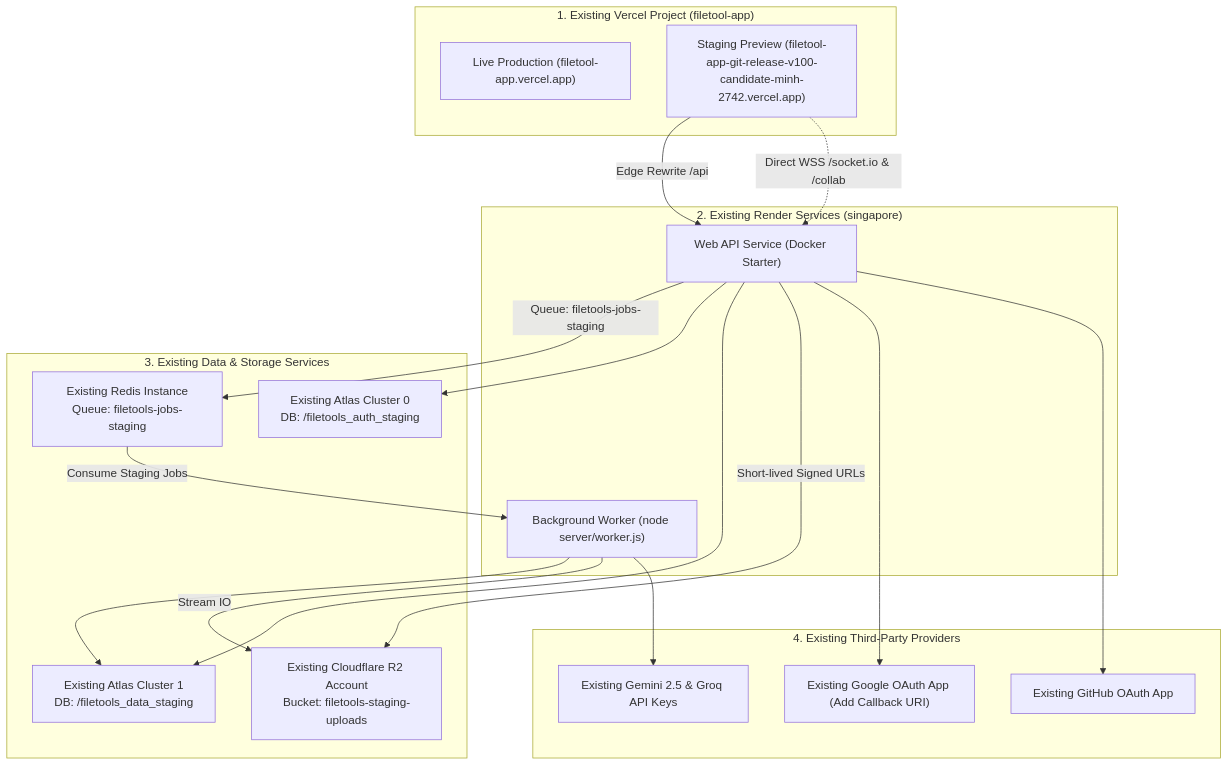
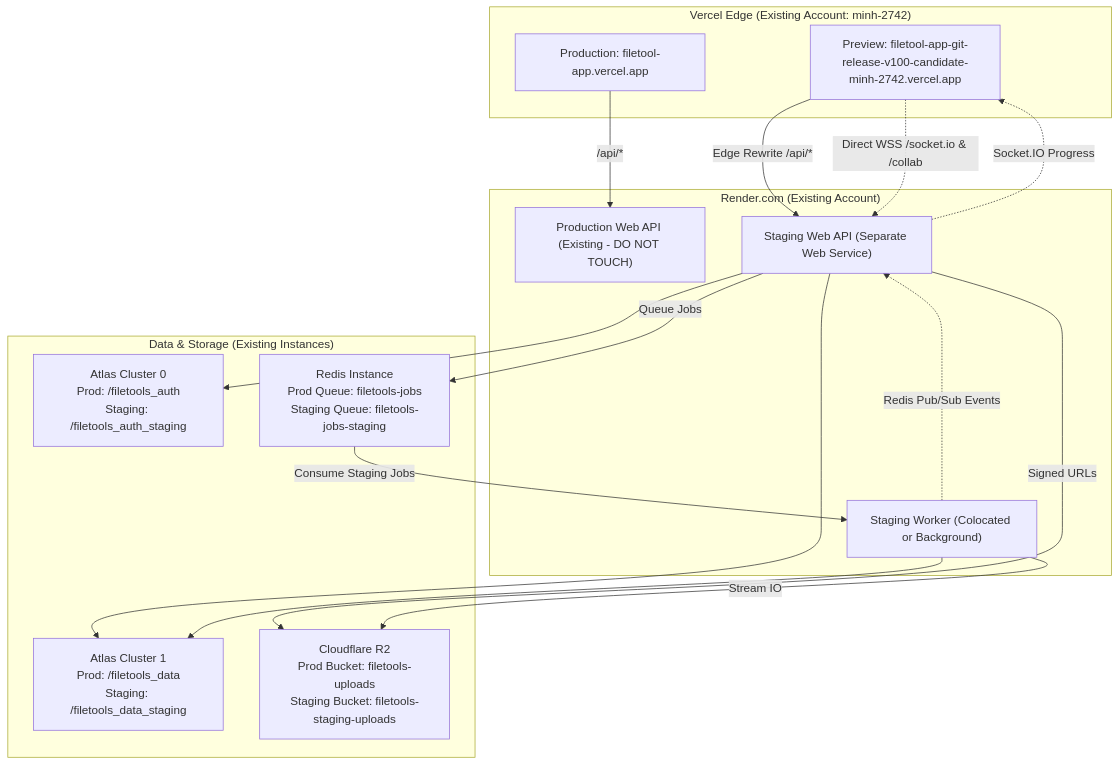
The diagram in reports/staging/07_OWNER_SETUP_GUIDE.md (trminh18122022leo-gif/filetool_app), drawn with Mermaid before and after one commit. The commit also changed other lines of this file and 8 other files, not shown here.

Commit message:
feat(staging): implement cross-process realtime bridge, document-level Yjs auth, and reuse-safe integration results

````diff
--- a/reports/staging/07_OWNER_SETUP_GUIDE.md
+++ b/reports/staging/07_OWNER_SETUP_GUIDE.md
@@ -25,42 +42,36 @@
 ```mermaid
 flowchart TD
-    subgraph VercelLayer ["1. Existing Vercel Project (filetool-app)"]
-        VercelLive["Live Production (filetool-app.vercel.app)"]
-        VercelPrev["Staging Preview (filetool-app-git-release-v100-candidate-minh-2742.vercel.app)"]
+    subgraph VercelLayer ["Vercel Edge (Existing Account: minh-2742)"]
+        VercelProd["Production: filetool-app.vercel.app"]
+        VercelPreview["Preview: filetool-app-git-release-v100-candidate-minh-2742.vercel.app"]
     end
 
-    subgraph RenderLayer ["2. Existing Render Services (singapore)"]
-        RenderWeb["Web API Service (Docker Starter)"]
-        RenderWorker["Background Worker (node server/worker.js)"]
+    subgraph RenderLayer ["Render.com (Existing Account)"]
+        RenderProdAPI["Production Web API (Existing - DO NOT TOUCH)"]
+        RenderStagingAPI["Staging Web API (Separate Web Service)"]
+        RenderStagingWorker["Staging Worker (Colocated or Background)"]
     end
 
-    subgraph DataLayer ["3. Existing Data & Storage Services"]
-        AtlasAuth["Existing Atlas Cluster 0\nDB: /filetools_auth_staging"]
-        AtlasData["Existing Atlas Cluster 1\nDB: /filetools_data_staging"]
-        RedisInst["Existing Redis Instance\nQueue: filetools-jobs-staging"]
-        R2Storage["Existing Cloudflare R2 Account\nBucket: filetools-staging-uploads"]
+    subgraph DataLayer ["Data & Storage (Existing Instances)"]
+        AtlasCluster0["Atlas Cluster 0\nProd: /filetools_auth\nStaging: /filetools_auth_staging"]
+        AtlasCluster1["Atlas Cluster 1\nProd: /filetools_data\nStaging: /filetools_data_staging"]
+        RedisInst["Redis Instance\nProd Queue: filetools-jobs\nStaging Queue: filetools-jobs-staging"]
+        R2Storage["Cloudflare R2\nProd Bucket: filetools-uploads\nStaging Bucket: filetools-staging-uploads"]
     end
 
-    subgraph ExternalLayer ["4. Existing Third-Party Providers"]
-        GoogleOAuth["Existing Google OAuth App (Add Callback URI)"]
-        GitHubOAuth["Existing GitHub OAuth App"]
-        GoogleAI["Existing Gemini 2.5 & Groq API Keys"]
-    end
+    VercelProd -->|/api/*| RenderProdAPI
+    VercelPreview -->|Edge Rewrite /api/*| RenderStagingAPI
+    VercelPreview -.->|Direct WSS /socket.io & /collab| RenderStagingAPI
 
-    VercelPrev -->|Edge Rewrite /api| RenderWeb
-    VercelPrev -.->|Direct WSS /socket.io & /collab| RenderWeb
+    RenderStagingAPI -->|Queue Jobs| RedisInst
+    RedisInst -->|Consume Staging Jobs| RenderStagingWorker
+    RenderStagingWorker -.->|Redis Pub/Sub Events| RenderStagingAPI
+    RenderStagingAPI -.->|Socket.IO Progress| VercelPreview
 
-    RenderWeb -->|Queue: filetools-jobs-staging| RedisInst
-    RedisInst -->|Consume Staging Jobs| RenderWorker
+    RenderStagingAPI --> AtlasCluster0
+    RenderStagingAPI --> AtlasCluster1
+    RenderStagingWorker --> AtlasCluster1
 
-    RenderWeb --> AtlasAuth
-    RenderWeb --> AtlasData
-    RenderWorker --> AtlasData
-
-    RenderWeb -->|Short-lived Signed URLs| R2Storage
-    RenderWorker -->|Stream IO| R2Storage
-
-    RenderWeb --> GoogleOAuth
-    RenderWeb --> GitHubOAuth
-    RenderWorker --> GoogleAI
+    RenderStagingAPI -->|Signed URLs| R2Storage
+    RenderStagingWorker -->|Stream IO| R2Storage
 ```
````
